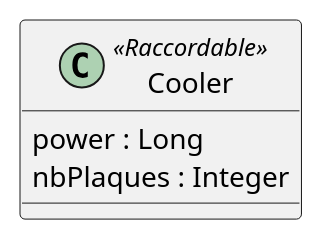
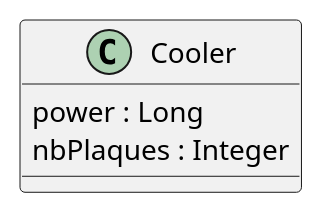
Before and after one commit to beerfactory/brewbox-uml: the diagram in src/class/include/cooler.iuml, drawn with PlantUML. The commit also changed 9 other files, not shown here.

```diff
--- a/src/class/include/cooler.iuml
+++ b/src/class/include/cooler.iuml
@@ -1,4 +1,4 @@
-class Cooler <<Raccordable>> {
+class Cooler {
     power : Long
 	nbPlaques : Integer
 }
```
